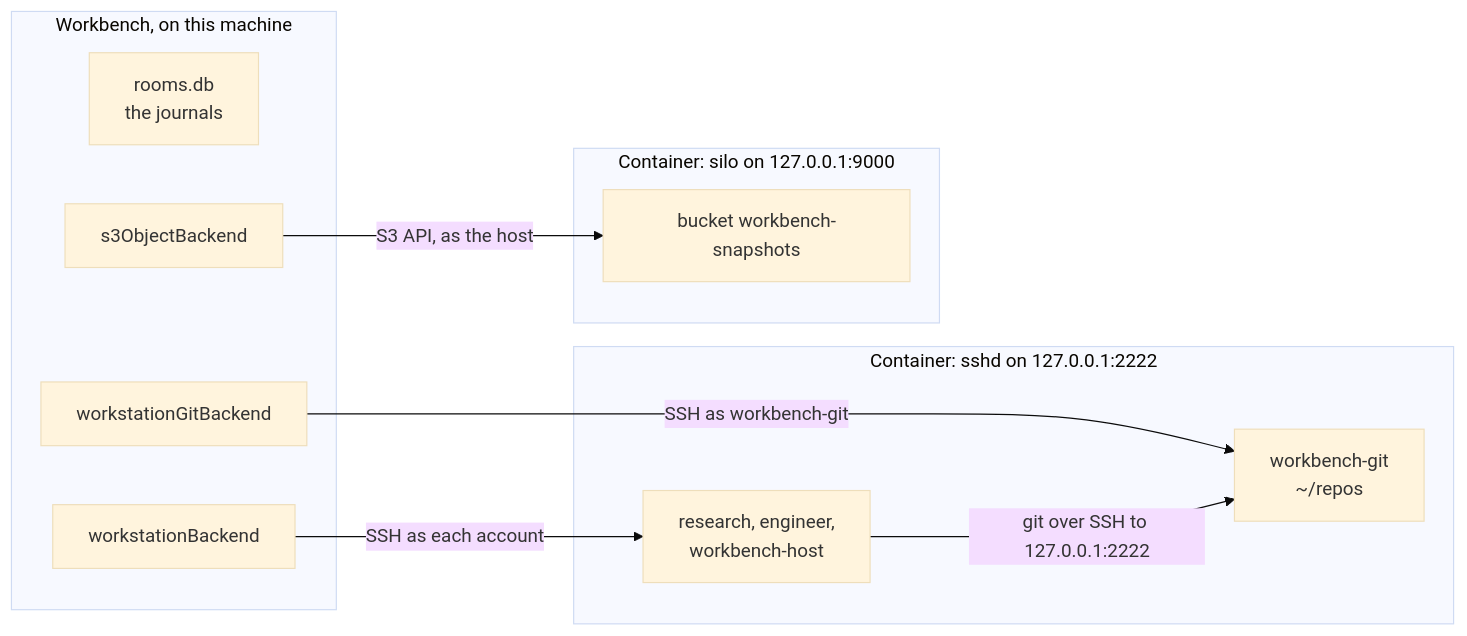
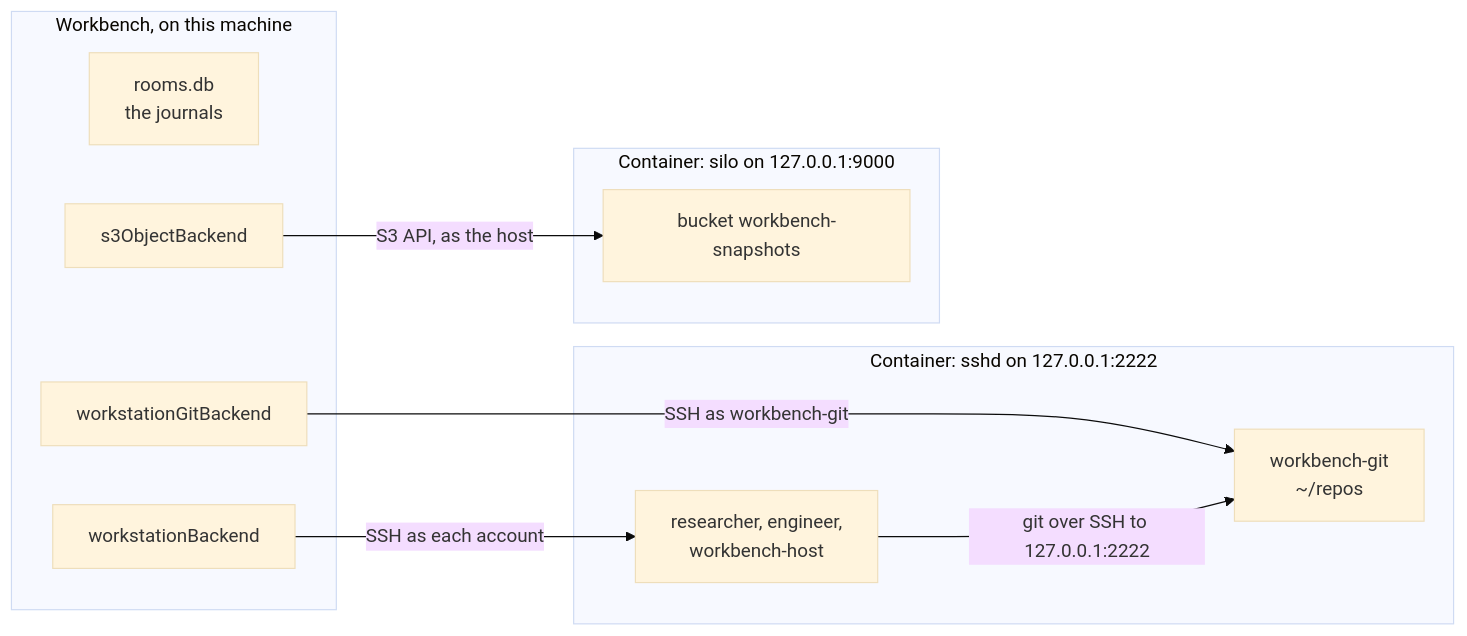
Before and after one commit to fastforwardengine/workbench: the diagram in workstation/README.md, drawn with Mermaid (base theme). The commit also changed other lines of this file and 41 other files, not shown here.

````diff
--- a/workstation/README.md
+++ b/workstation/README.md
@@ -12,20 +12,20 @@
 ```mermaid
 flowchart LR
   subgraph host["Workbench, on this machine"]
     journals["rooms.db<br/>the journals"]
     bash["workstationBackend"]
     git["workstationGitBackend"]
     s3["s3ObjectBackend"]
   end
   subgraph box["Container: sshd on 127.0.0.1:2222"]
-    agents["research, engineer,<br/>workbench-host"]
+    agents["researcher, engineer,<br/>workbench-host"]
     repos["workbench-git<br/>~/repos"]
   end
   subgraph store["Container: silo on 127.0.0.1:9000"]
     bucket["bucket workbench-snapshots"]
   end
   bash -- "SSH as each account" --> agents
   git -- "SSH as workbench-git" --> repos
   agents -- "git over SSH to 127.0.0.1:2222" --> repos
   s3 -- "S3 API, as the host" --> bucket
 ```
````
